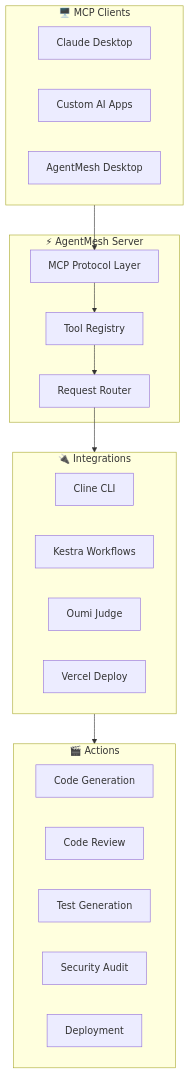
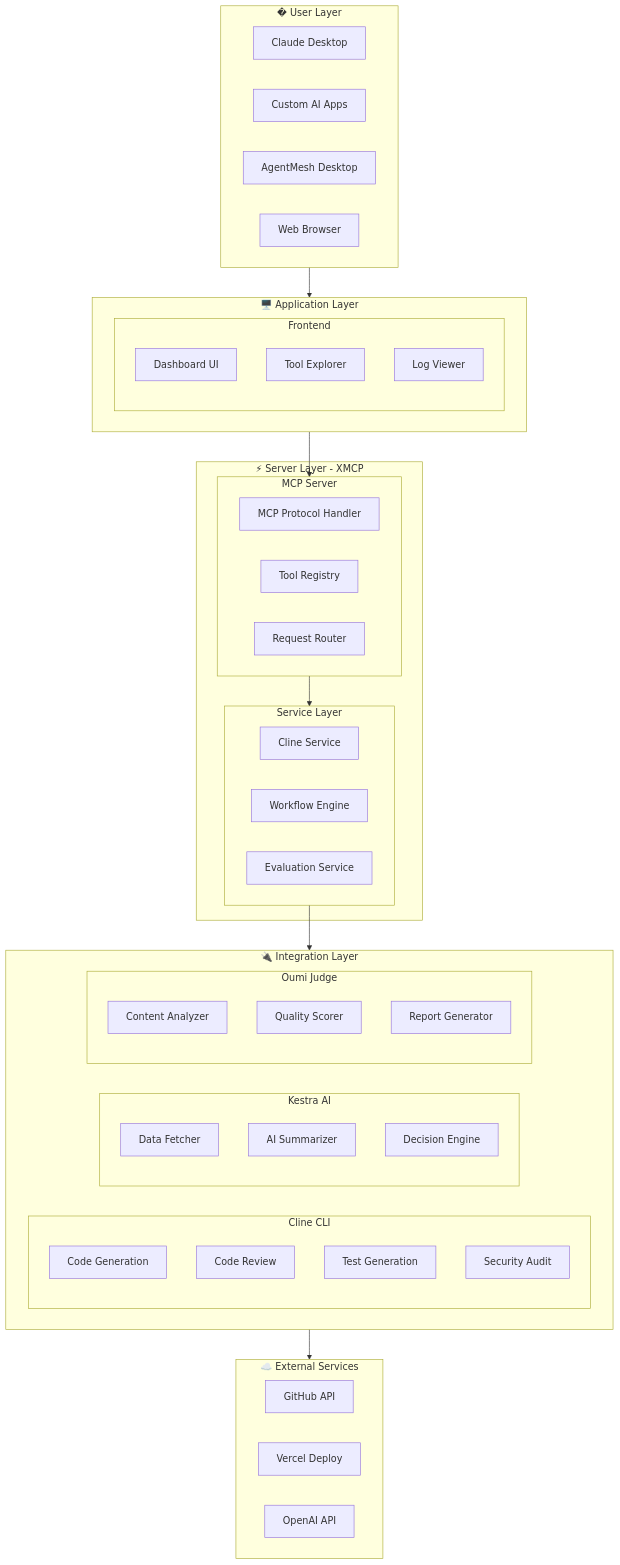
One commit to N-45div/Agentmesh changed the first of 3 diagrams in README.md. Above: the diagram before and after it, drawn with Mermaid.

Commit message:
docs: add detailed layered system architecture diagram
- User Layer: Claude Desktop, Custom Apps, AgentMesh Desktop, Browser
- Application Layer: Dashboard UI, Tool Explorer, Log Viewer
- Server Layer: MCP Protocol, Tool Registry, Service Layer
- Integration Layer: Cline CLI, Kestra AI, Oumi Judge components
- External Services: GitHub, Vercel, OpenAI APIs

````diff
--- a/README.md
+++ b/README.md
@@ -23,35 +23,64 @@
 ```mermaid
 graph TB
-    subgraph Clients["🖥️ MCP Clients"]
+    subgraph UserLayer["� User Layer"]
         Claude["Claude Desktop"]
-        Custom["Custom AI Apps"]
-        Desktop["AgentMesh Desktop"]
+        CustomApp["Custom AI Apps"]
+        DesktopApp["AgentMesh Desktop"]
+        Browser["Web Browser"]
     end
-    
-    subgraph AgentMesh["⚡ AgentMesh Server"]
-        MCP["MCP Protocol Layer"]
-        Tools["Tool Registry"]
-        Router["Request Router"]
+
+    subgraph ApplicationLayer["🖥️ Application Layer"]
+        subgraph Frontend["Frontend"]
+            Dashboard["Dashboard UI"]
+            ToolExplorer["Tool Explorer"]
+            LogViewer["Log Viewer"]
+        end
     end
-    
-    subgraph Integrations["🔌 Integrations"]
-        Cline["Cline CLI"]
-        Kestra["Kestra Workflows"]
-        Oumi["Oumi Judge"]
+
+    subgraph ServerLayer["⚡ Server Layer - XMCP"]
+        subgraph MCPServer["MCP Server"]
+            Protocol["MCP Protocol Handler"]
+            ToolRegistry["Tool Registry"]
+            RequestRouter["Request Router"]
+        end
+        
+        subgraph ServiceLayer["Service Layer"]
+            ClineService["Cline Service"]
+            WorkflowEngine["Workflow Engine"]
+            EvalService["Evaluation Service"]
+        end
+    end
+
+    subgraph IntegrationLayer["🔌 Integration Layer"]
+        subgraph ClineCLI["Cline CLI"]
+            CodeGen["Code Generation"]
+            CodeReview["Code Review"]
+            TestGen["Test Generation"]
+            SecurityAudit["Security Audit"]
+        end
+        
+        subgraph KestraAI["Kestra AI"]
+            DataFetch["Data Fetcher"]
+            AISummarizer["AI Summarizer"]
+            DecisionEngine["Decision Engine"]
+        end
+        
+        subgraph OumiJudge["Oumi Judge"]
+            Analyzer["Content Analyzer"]
+            Scorer["Quality Scorer"]
+            Reporter["Report Generator"]
+        end
+    end
+
+    subgraph ExternalServices["☁️ External Services"]
+        GitHub["GitHub API"]
         Vercel["Vercel Deploy"]
+        OpenAI["OpenAI API"]
     end
-    
-    subgraph Actions["🎬 Actions"]
-        Code["Code Generation"]
-        Review["Code Review"]
-        Test["Test Generation"]
-        Security["Security Audit"]
-        Deploy["Deployment"]
-    end
-    
-    Clients --> MCP
-    MCP --> Tools
-    Tools --> Router
-    Router --> Integrations
-    Integrations --> Actions
+
+    UserLayer --> ApplicationLayer
+    ApplicationLayer --> MCPServer
+    MCPServer --> ServiceLayer
+    ServiceLayer --> IntegrationLayer
+    IntegrationLayer --> ExternalServices
 ```
````
